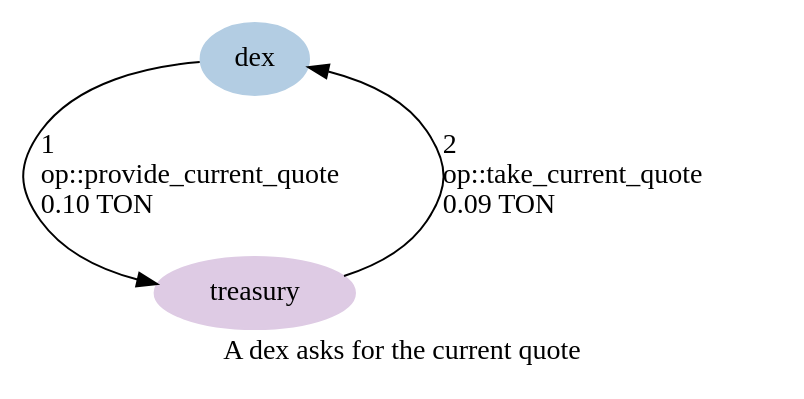
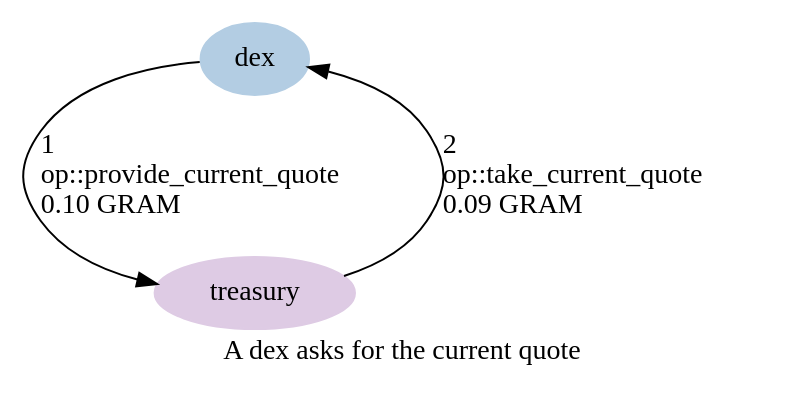
The diagram in graphs/33-provide-current-quote.dot (HipoFinance/contract), drawn with Graphviz before and after one commit. The commit also changed 97 other files, not shown here.

First line of the commit message:
Finish the TON to GRAM and hTON to hGRAM rebrand

```diff
--- a/graphs/33-provide-current-quote.dot
+++ b/graphs/33-provide-current-quote.dot
@@ -1,16 +1,16 @@
 digraph {
     label="A dex asks for the current quote"
     node [ colorscheme=pastel19 style=filled ]
 
     /* Entities */
     dex [ color=2 ]
     treasury [ color=4 ]
 
     /* Relationships */
-    dex -> treasury [ label="1\l op::provide_current_quote\l 0.10 TON\l" ]
-    treasury -> dex [ label="2\l op::take_current_quote\l 0.09 TON\l" ]
+    dex -> treasury [ label="1\l op::provide_current_quote\l 0.10 GRAM\l" ]
+    treasury -> dex [ label="2\l op::take_current_quote\l 0.09 GRAM\l" ]
 
     /* Ranks */
     { rank=min dex }
     { rank=max treasury }
 }
```
